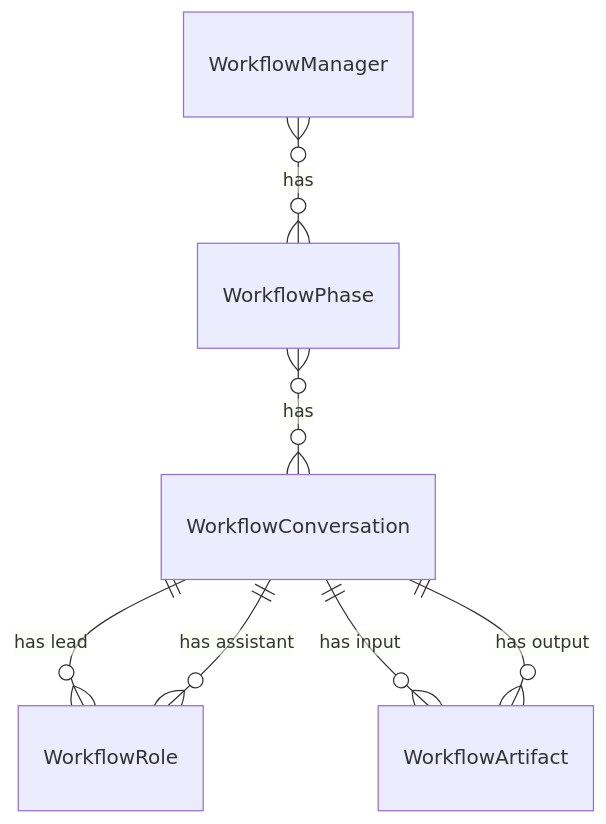
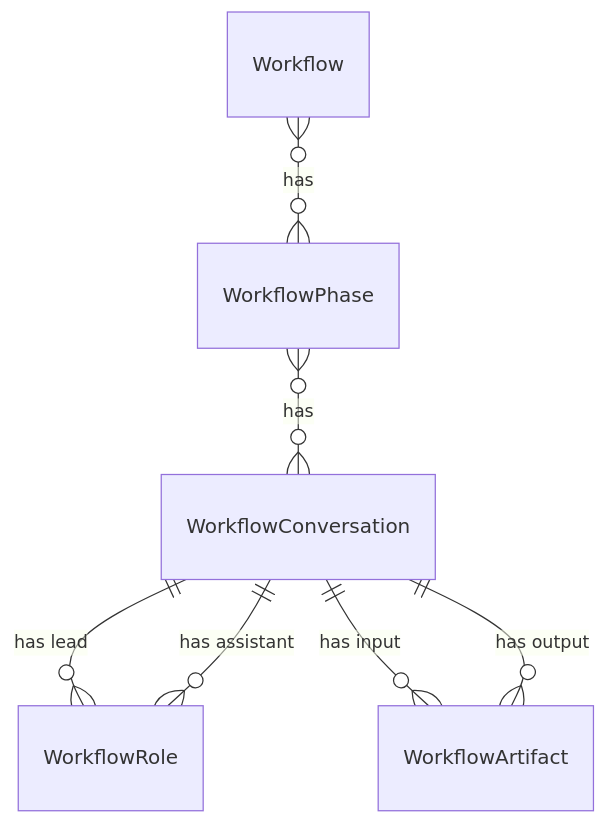
Before and after one commit to SKruegel04/chatdev: the first of 2 diagrams in docs/entities.md, drawn with Mermaid. The commit also changed other lines of this file and 30 other files, not shown here.

````diff
--- a/docs/entities.md
+++ b/docs/entities.md
@@ -1,16 +1,16 @@
 ```mermaid
 erDiagram
     WorkflowRole 
     WorkflowArtifact
     WorkflowConversation
     WorkflowPhase
-    WorkflowManager
+    Workflow
 
     WorkflowConversation ||--o{ WorkflowRole : "has lead"
     WorkflowConversation ||--o{ WorkflowRole : "has assistant"
     WorkflowConversation ||--o{ WorkflowArtifact : "has input"
     WorkflowConversation ||--o{ WorkflowArtifact : "has output"
 
     WorkflowPhase }o--o{ WorkflowConversation: "has"
-    WorkflowManager }o--o{ WorkflowPhase: "has"
+    Workflow }o--o{ WorkflowPhase: "has"
 ```
````
